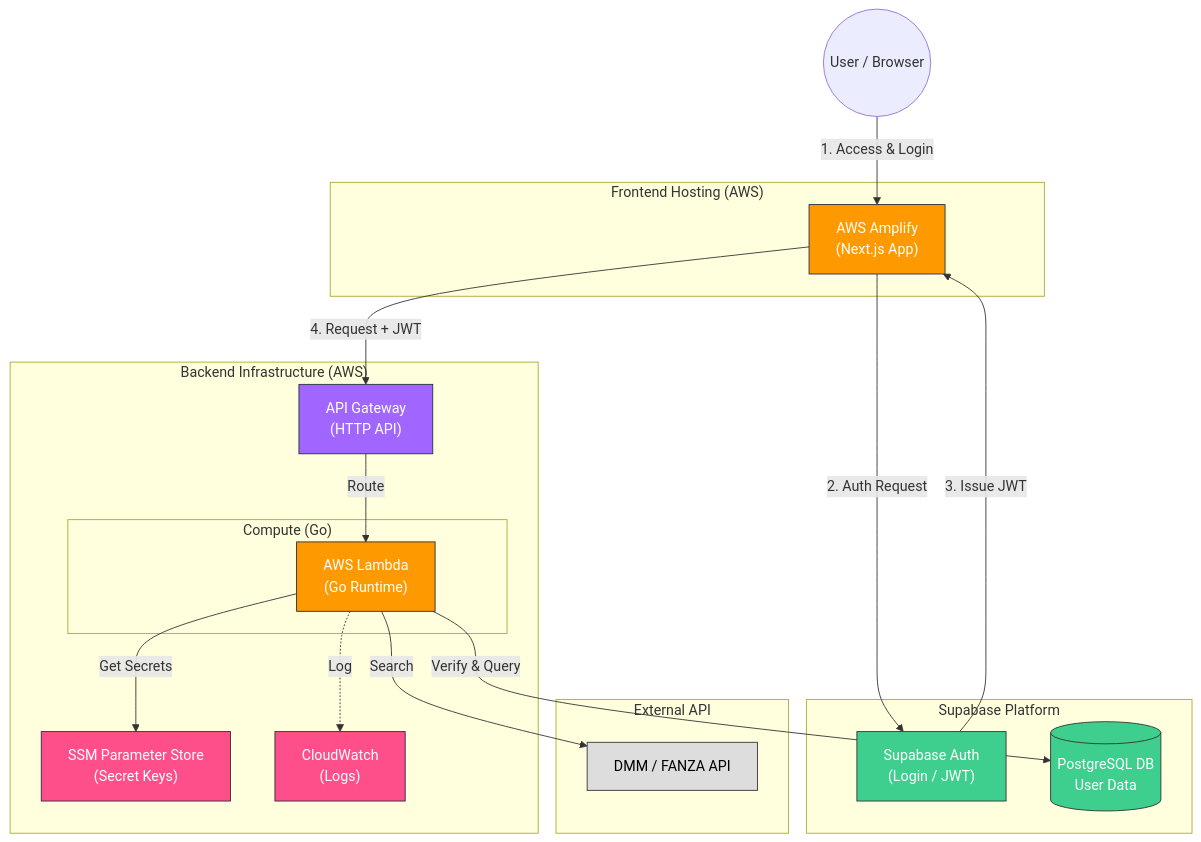
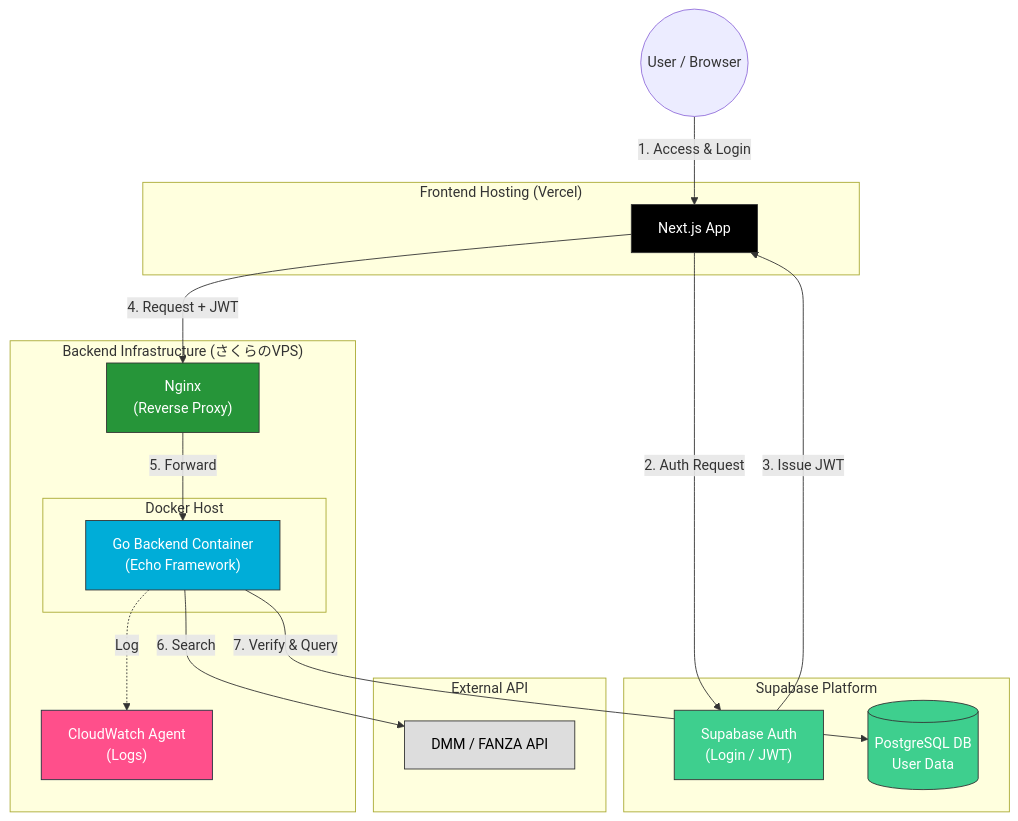
The first of 2 diagrams in README.md (akito-0520/MuseLog), drawn with Mermaid before and after one commit. The commit also changed other lines of this file, not shown here.

Commit message:
最新のインフラ構成に変更

````diff
--- a/README.md
+++ b/README.md
@@ -21,61 +21,58 @@
 ```mermaid
 graph TD
     %% ユーザー層
     User((User / Browser))
 
-    %% フロントエンド (AWS)
-    subgraph "Frontend Hosting (AWS)"
-        Amplify["AWS Amplify<br/>(Next.js App)"]
-        style Amplify fill:#FF9900,stroke:#232F3E,color:white
+    %% フロントエンド (Vercel)
+    subgraph "Frontend Hosting (Vercel)"
+        Next["Next.js App"]
+        style Next fill:#000000,stroke:#333,color:white
     end
 
-    %% バックエンド (AWS Serverless)
-    subgraph "Backend Infrastructure (AWS)"
-        APIGW["API Gateway<br/>(HTTP API)"]
-        style APIGW fill:#A166FF,stroke:#232F3E,color:white
+    %% バックエンド (VPS/EC2)
+    subgraph "Backend Infrastructure (さくらのVPS)"
+        subgraph "Docker Host"
+            GoApp["Go Backend Container<br/>(Echo Framework)"]
+            style GoApp fill:#00ADD8,stroke:#333,color:white
+        end
+        
+        Nginx["Nginx<br/>(Reverse Proxy)"]
+        style Nginx fill:#269539,stroke:#333,color:white
 
-        subgraph "Compute (Go)"
-            Lambda["AWS Lambda<br/>(Go Runtime)"]
-            style Lambda fill:#FF9900,stroke:#232F3E,color:white
-        end
-
-        SSM["SSM Parameter Store<br/>(Secret Keys)"]
-        style SSM fill:#FF4F8B,stroke:#232F3E,color:white
-        
-        CloudWatch["CloudWatch<br/>(Logs)"]
+        CloudWatch["CloudWatch Agent<br/>(Logs)"]
         style CloudWatch fill:#FF4F8B,stroke:#232F3E,color:white
     end
 
     %% 外部SaaS (Supabase)
     subgraph "Supabase Platform"
         SupaAuth["Supabase Auth<br/>(Login / JWT)"]
         SupaDB[("PostgreSQL DB<br/>User Data")]
         style SupaAuth fill:#3ECF8E,stroke:#333,color:white
         style SupaDB fill:#3ECF8E,stroke:#333,color:white
     end
 
     %% 外部データソース
     subgraph "External API"
         DMM["DMM / FANZA API"]
         style DMM fill:#DDD,stroke:#333,color:black
     end
 
     %% --- データフロー ---
     
     %% 1. 画面表示
-    User -->|"1. Access & Login"| Amplify
-    Amplify -->|"2. Auth Request"| SupaAuth
-    SupaAuth -->|"3. Issue JWT"| Amplify
+    User -->|"1. Access & Login"| Next
+    Next -->|"2. Auth Request"| SupaAuth
+    SupaAuth -->|"3. Issue JWT"| Next
     
     %% 2. APIリクエスト
-    Amplify -->|"4. Request + JWT"| APIGW
-    APIGW -->|Route| Lambda
+    Next -->|"4. Request + JWT"| Nginx
+    Nginx -->|"5. Forward"| GoApp
     
     %% 3. 処理実行
-    Lambda -->|"Get Secrets"| SSM
-    Lambda -.->|Log| CloudWatch
+    GoApp -.->|Log| CloudWatch
     
     %% 4. 外部連携
-    Lambda -->|Search| DMM
-    Lambda -->|"Verify & Query"| SupaDB
+    GoApp -->|"6. Search"| DMM
+    GoApp -->|"7. Verify & Query"| SupaDB
+
 ```
````
